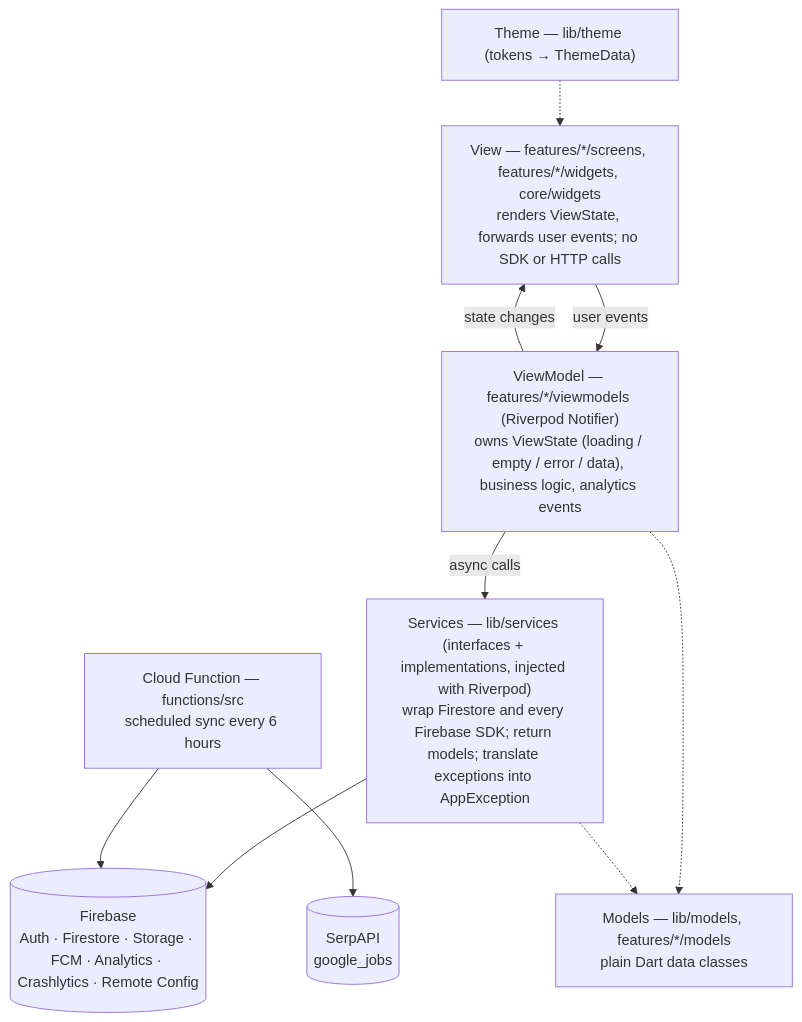
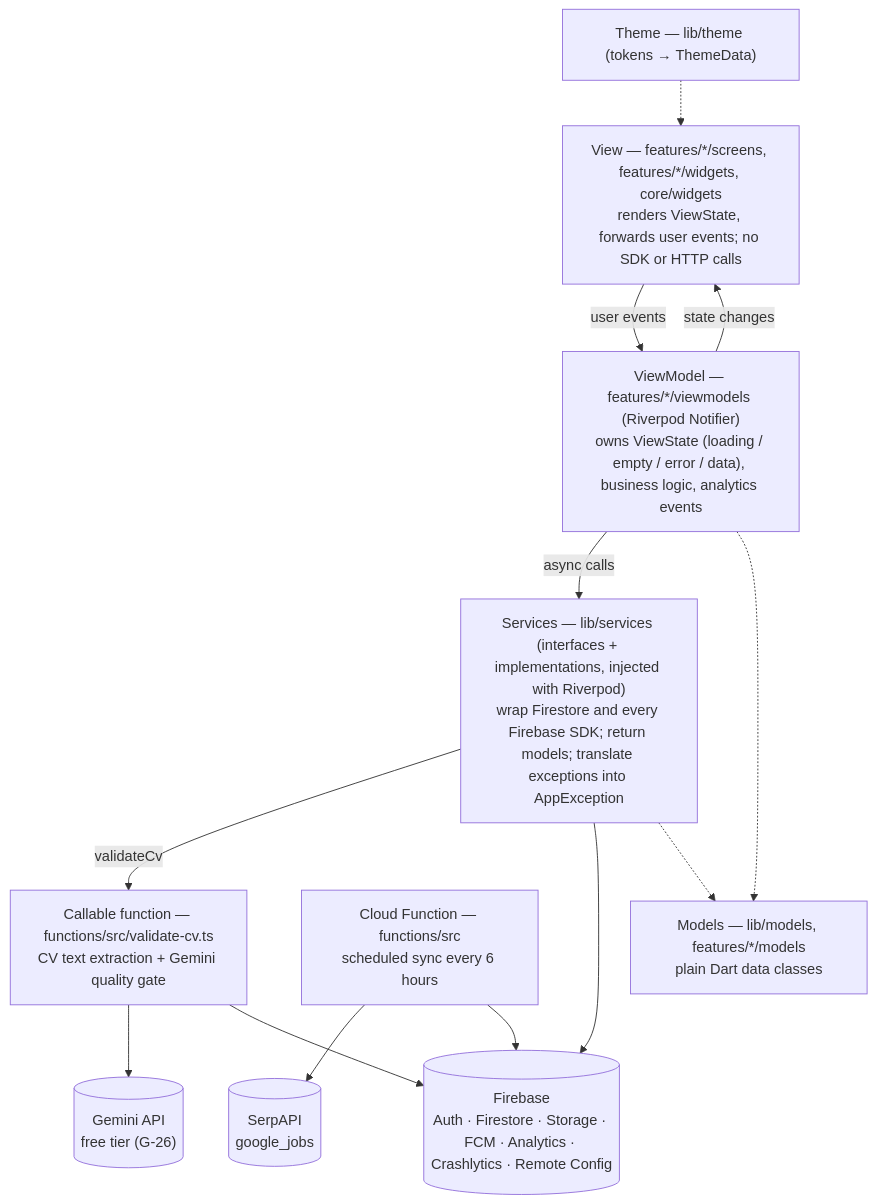
The first of 2 diagrams in docs/architecture.md (lamtailoi2/prm323_lab3), drawn with Mermaid before and after one commit. The commit also changed other lines of this file and 25 other files, not shown here.

Commit message:
feat: implement CV validation vertical slice with Gemini Cloud Function and Flutter UI

````diff
--- a/docs/architecture.md
+++ b/docs/architecture.md
@@ -9,20 +9,25 @@
 ```mermaid
 flowchart TB
     V["View — features/*/screens, features/*/widgets, core/widgets<br/>renders ViewState, forwards user events; no SDK or HTTP calls"]
     VM["ViewModel — features/*/viewmodels (Riverpod Notifier)<br/>owns ViewState (loading / empty / error / data), business logic, analytics events"]
     S["Services — lib/services (interfaces + implementations, injected with Riverpod)<br/>wrap Firestore and every Firebase SDK; return models; translate exceptions into AppException"]
     M["Models — lib/models, features/*/models<br/>plain Dart data classes"]
     CF["Cloud Function — functions/src<br/>scheduled sync every 6 hours"]
+    CVF["Callable function — functions/src/validate-cv.ts<br/>CV text extraction + Gemini quality gate"]
     API[("SerpAPI<br/>google_jobs")]
+    GEM[("Gemini API<br/>free tier (G-26)")]
     FB[("Firebase<br/>Auth · Firestore · Storage · FCM · Analytics · Crashlytics · Remote Config")]
 
     V -- "user events" --> VM
     VM -- "state changes" --> V
     VM -- "async calls" --> S
+    S -- "validateCv" --> CVF
     S --> FB
     CF --> API
     CF --> FB
+    CVF --> GEM
+    CVF --> FB
     VM -.-> M
     S -.-> M
     T["Theme — lib/theme (tokens → ThemeData)"] -.-> V
 ```
````
